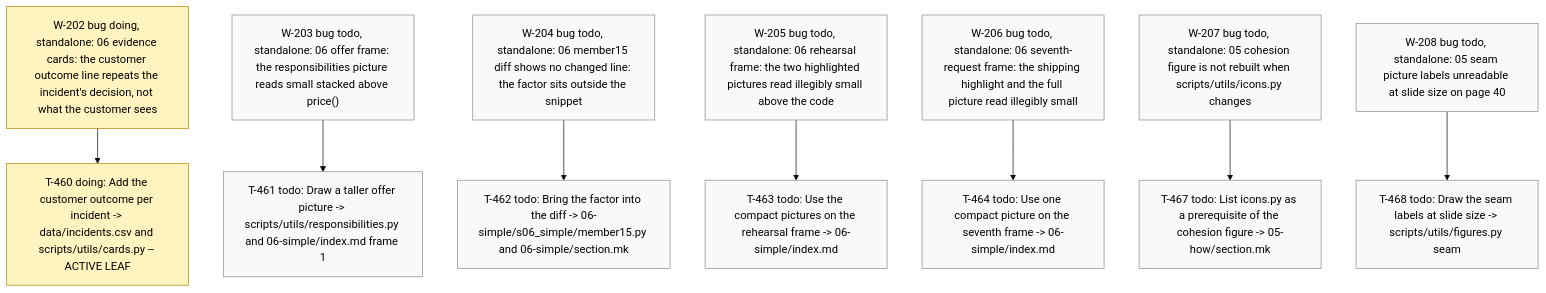
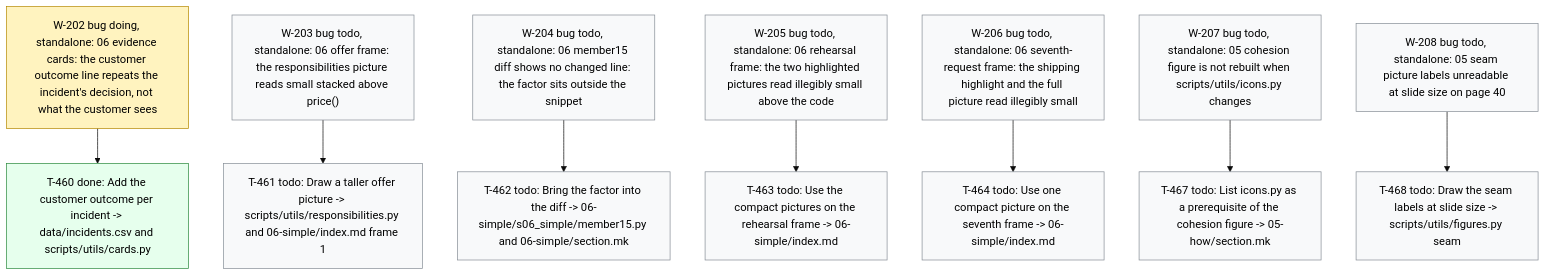
Before and after one commit to dpopchev/chaos-to-simple: the diagram in .board/BOARD.md, drawn with Mermaid (base theme). The commit also changed other lines of this file and 1 other file, not shown here.

Commit message:
chore(board): close T-460 -- W-202 ready to land
Refs: W-202 T-460

````diff
--- a/.board/BOARD.md
+++ b/.board/BOARD.md
@@ -1196,24 +1196,25 @@
 ```mermaid
 flowchart TD
   W202["W-202 bug doing, standalone: 06 evidence cards: the customer outcome line repeats the incident's decision, not what the customer sees"]
-  W202 --> T460["T-460 doing: Add the customer outcome per incident -> data/incidents.csv and scripts/utils/cards.py -- ACTIVE LEAF"]
+  W202 --> T460["T-460 done: Add the customer outcome per incident -> data/incidents.csv and scripts/utils/cards.py"]
   W203["W-203 bug todo, standalone: 06 offer frame: the responsibilities picture reads small stacked above price()"]
   W203 --> T461["T-461 todo: Draw a taller offer picture -> scripts/utils/responsibilities.py and 06-simple/index.md frame 1"]
   W204["W-204 bug todo, standalone: 06 member15 diff shows no changed line: the factor sits outside the snippet"]
   W204 --> T462["T-462 todo: Bring the factor into the diff -> 06-simple/s06_simple/member15.py and 06-simple/section.mk"]
   W205["W-205 bug todo, standalone: 06 rehearsal frame: the two highlighted pictures read illegibly small above the code"]
   W205 --> T463["T-463 todo: Use the compact pictures on the rehearsal frame -> 06-simple/index.md"]
   W206["W-206 bug todo, standalone: 06 seventh-request frame: the shipping highlight and the full picture read illegibly small"]
   W206 --> T464["T-464 todo: Use one compact picture on the seventh frame -> 06-simple/index.md"]
   W207["W-207 bug todo, standalone: 05 cohesion figure is not rebuilt when scripts/utils/icons.py changes"]
   W207 --> T467["T-467 todo: List icons.py as a prerequisite of the cohesion figure -> 05-how/section.mk"]
   W208["W-208 bug todo, standalone: 05 seam picture labels unreadable at slide size on page 40"]
   W208 --> T468["T-468 todo: Draw the seam labels at slide size -> scripts/utils/figures.py seam"]
   classDef doing fill:#fff3bf,stroke:#b58900,color:#000;
   classDef blocked fill:#ffe3e3,stroke:#c92a2a,color:#000;
   classDef done fill:#e6ffed,stroke:#2b8a3e,color:#000;
   classDef todo fill:#f8f9fa,stroke:#868e96,color:#000;
   classDef pruned fill:#f1f3f5,stroke:#adb5bd,color:#000;
-  class W202,T460 doing
+  class W202 doing
+  class T460 done
   class W203,T461,W204,T462,W205,T463,W206,T464,W207,T467,W208,T468 todo
 ```
````
